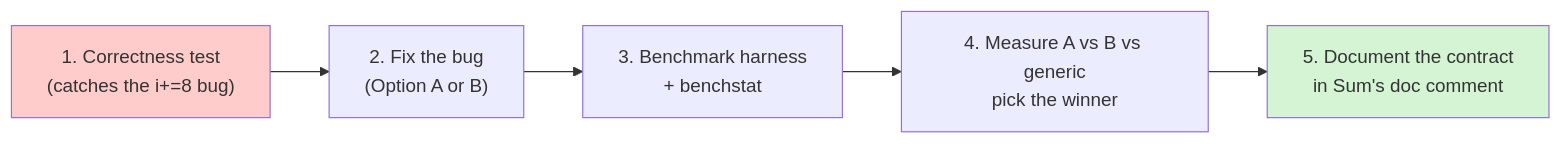
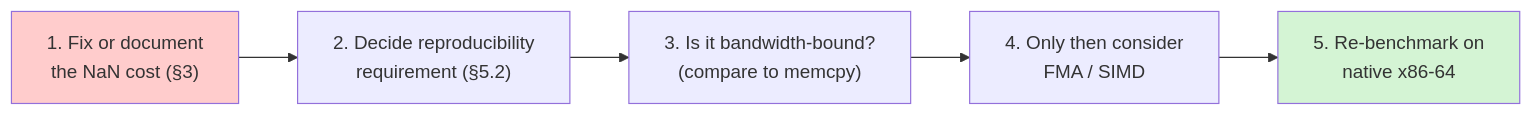
The diagram in docs/next-steps.md (rj-raghavjoshi/numa), drawn with Mermaid before and after one commit. The commit also changed other lines of this file and 8 other files, not shown here.

````diff
--- a/docs/next-steps.md
+++ b/docs/next-steps.md
@@ -196,9 +166,9 @@
 ```mermaid
 graph LR
-    A["1. Correctness test<br/>(catches the i+=8 bug)"] --> B["2. Fix the bug<br/>(Option A or B)"]
-    B --> C["3. Benchmark harness<br/>+ benchstat"]
-    C --> D["4. Measure A vs B vs generic<br/>pick the winner"]
-    D --> E["5. Document the contract<br/>in Sum's doc comment"]
+    A["1. Fix or document<br/>the NaN cost (§3)"] --> B["2. Decide reproducibility<br/>requirement (§5.2)"]
+    B --> C["3. Is it bandwidth-bound?<br/>(compare to memcpy)"]
+    C --> D["4. Only then consider<br/>FMA / SIMD"]
+    D --> E["5. Re-benchmark on<br/>native x86-64"]
     style A fill:#ffcccc
     style E fill:#d4f4d4
 ```
````
